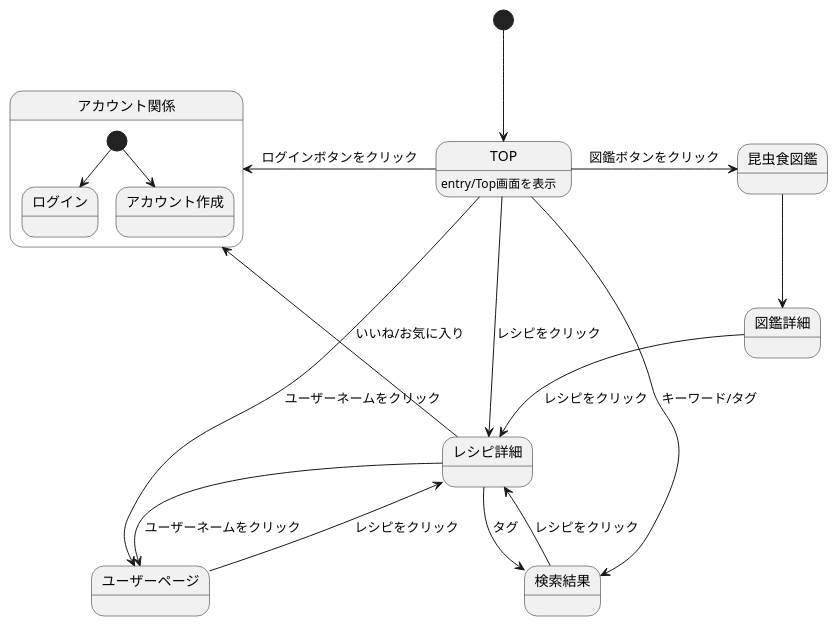
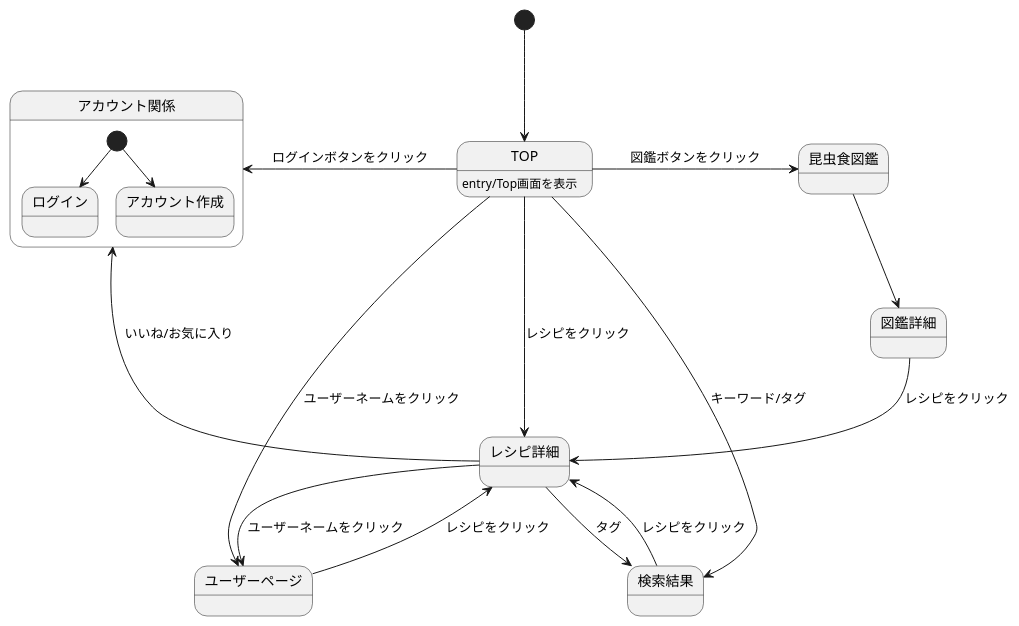
Before and after one commit to ASO2001040/bugbug-design: the diagram in ScreenTransitionDiagram.md, drawn with PlantUML. The commit also changed other lines of this file, not shown here.

````diff
--- a/ScreenTransitionDiagram.md
+++ b/ScreenTransitionDiagram.md
@@ -1,24 +1,24 @@
 ```uml
 @startuml
 [*]-->TOP
 
 TOP : entry/Top画面を表示
 TOP-left->アカウント関係: ログインボタンをクリック
 TOP->昆虫食図鑑: 図鑑ボタンをクリック
+TOP->レシピ詳細: レシピをクリック
 TOP->ユーザーページ: ユーザーネームをクリック
-TOP->レシピ詳細: レシピをクリック
 TOP->検索結果: キーワード/タグ
 ユーザーページ-->レシピ詳細: レシピをクリック
 レシピ詳細-->ユーザーページ: ユーザーネームをクリック
 レシピ詳細-->検索結果: タグ
 レシピ詳細-->アカウント関係: いいね/お気に入り
 検索結果-->レシピ詳細: レシピをクリック
 昆虫食図鑑-->図鑑詳細
 図鑑詳細-->レシピ詳細: レシピをクリック
 
 state アカウント関係 {
  [*] --> ログイン
  [*] --> アカウント作成
  }
 @enduml
 ```
````
